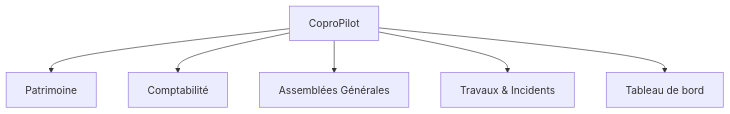
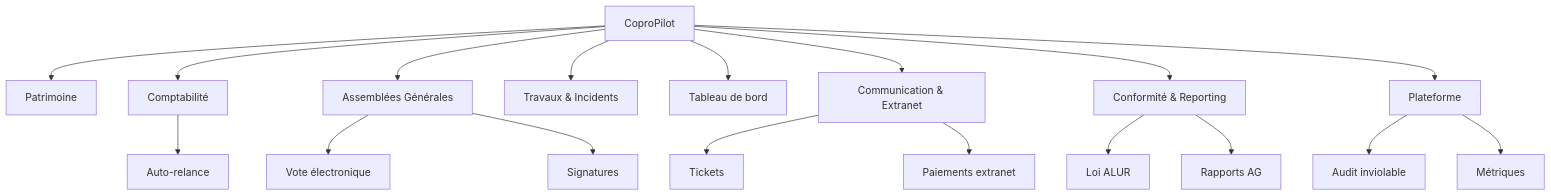
The first of 7 diagrams in docs/modules.md (Wifsimster/copro-pilot), drawn with Mermaid before and after one commit. The commit also changed other lines of this file and 12 other files, not shown here.

````diff
--- a/docs/modules.md
+++ b/docs/modules.md
@@ -7,8 +12,20 @@
 ```mermaid
 graph TD
     A[CoproPilot] --> B[Patrimoine]
     A --> C[Comptabilité]
     A --> D[Assemblées Générales]
     A --> E[Travaux & Incidents]
     A --> F[Tableau de bord]
+    A --> G[Communication & Extranet]
+    A --> H[Conformité & Reporting]
+    A --> I[Plateforme]
+    G --> G1[Tickets]
+    G --> G2[Paiements extranet]
+    D --> D1[Vote électronique]
+    D --> D2[Signatures]
+    H --> H1[Loi ALUR]
+    H --> H2[Rapports AG]
+    I --> I1[Audit inviolable]
+    I --> I2[Métriques]
+    C --> C1[Auto-relance]
 ```
````
